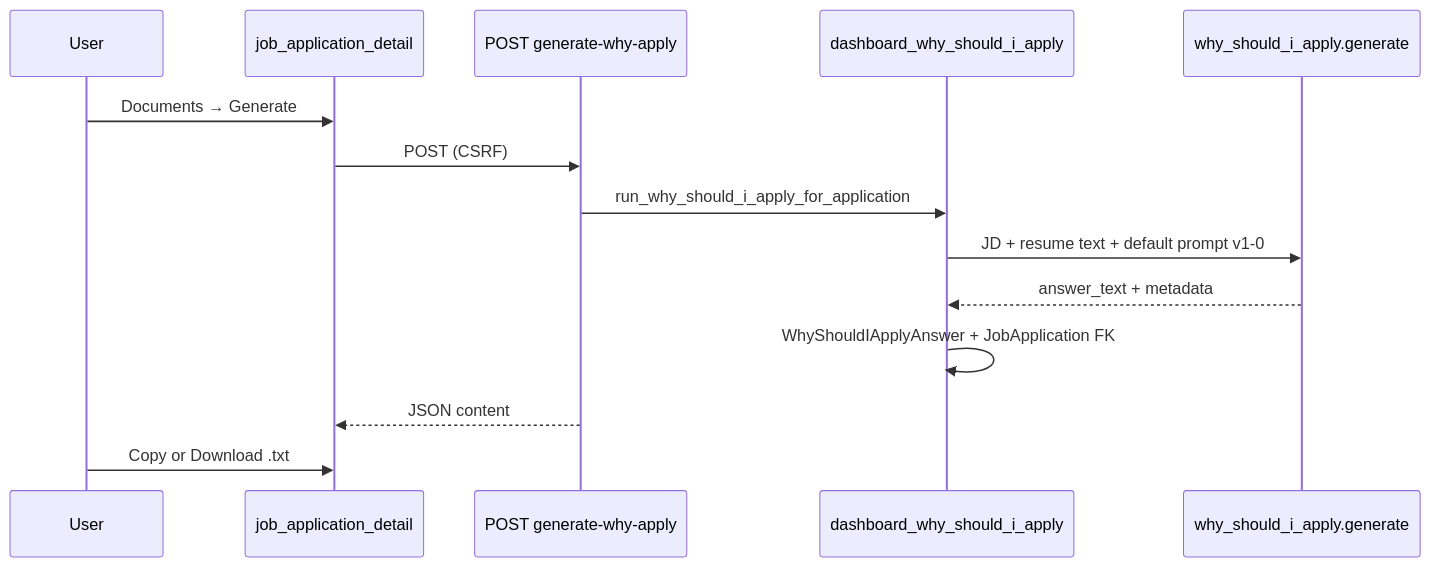
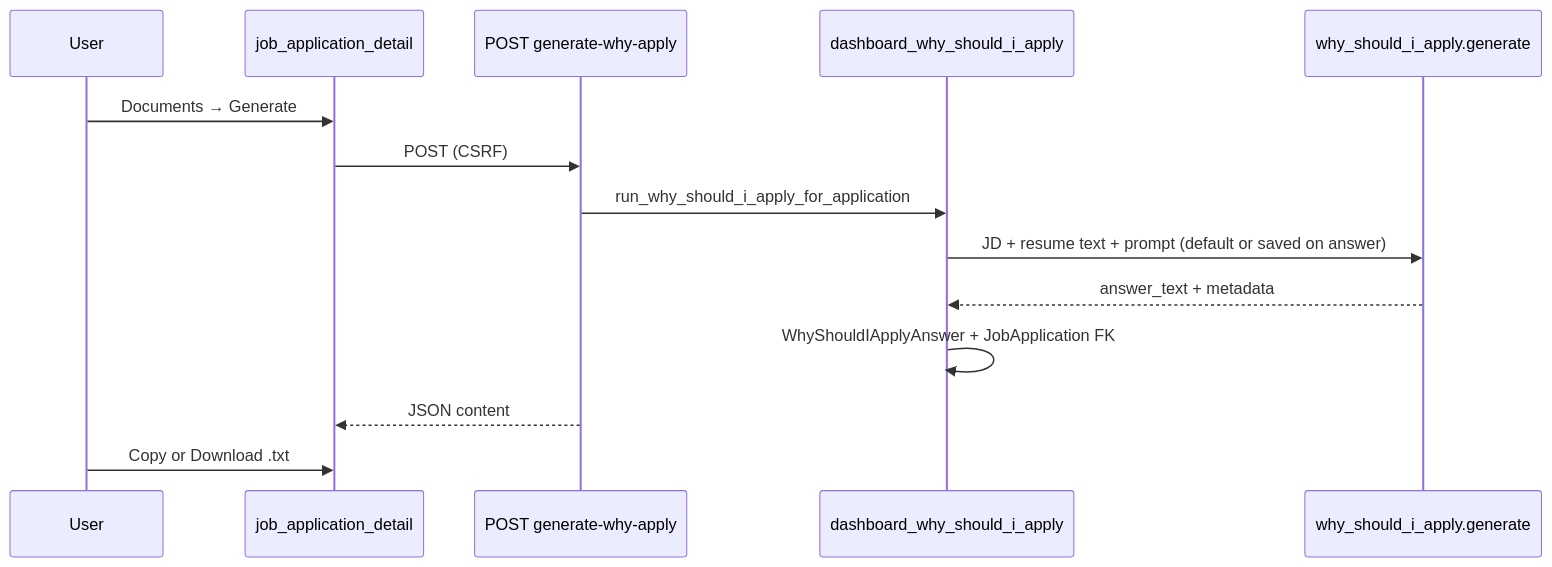
One commit to esaatech/Jobeasy changed the third of 3 diagrams in ai_service/docs/AI_PLATFORM.md. Above: the diagram before and after it, drawn with Mermaid. The commit also changed other lines of this file and 30 other files, not shown here.

````diff
--- a/ai_service/docs/AI_PLATFORM.md
+++ b/ai_service/docs/AI_PLATFORM.md
@@ -457,17 +457,17 @@
 ```mermaid
 sequenceDiagram
     participant User
     participant Detail as job_application_detail
     participant API as POST generate-why-apply
     participant Svc as dashboard_why_should_i_apply
     participant Gen as why_should_i_apply.generate
 
     User->>Detail: Documents → Generate
     Detail->>API: POST (CSRF)
     API->>Svc: run_why_should_i_apply_for_application
-    Svc->>Gen: JD + resume text + default prompt v1-0
+    Svc->>Gen: JD + resume text + prompt (default or saved on answer)
     Gen-->>Svc: answer_text + metadata
     Svc->>Svc: WhyShouldIApplyAnswer + JobApplication FK
     API-->>Detail: JSON content
     User->>Detail: Copy or Download .txt
 ```
````
